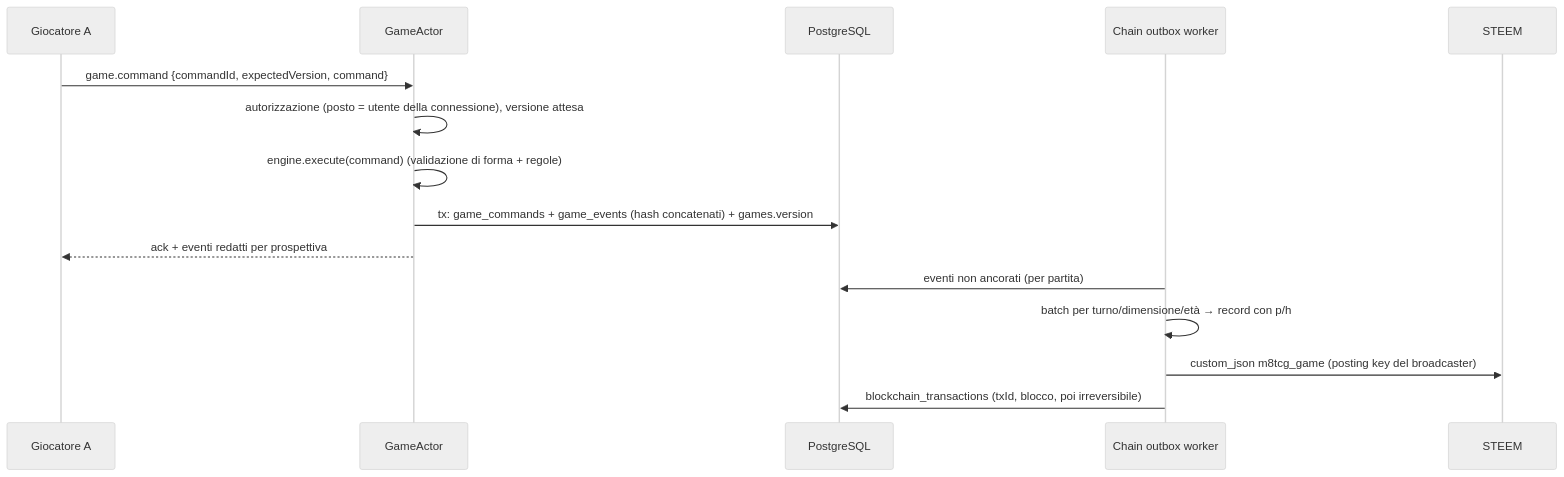
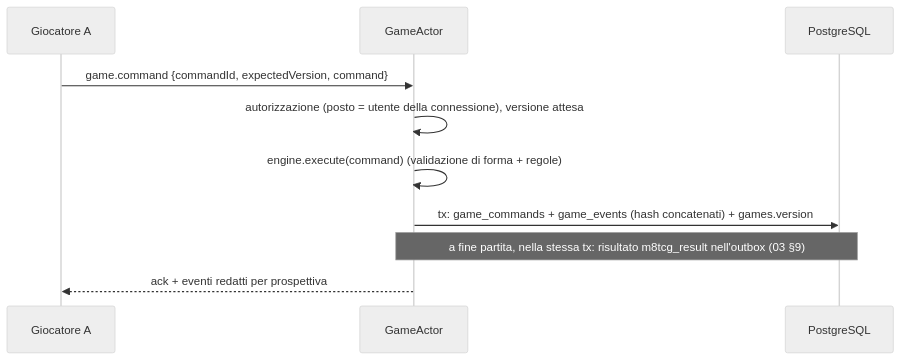
Before and after one commit to davvoz/magic8-tcg: the sixth of 6 diagrams in docs/tcg/01-architettura.md, drawn with Mermaid (neutral theme). The commit also changed other lines of this file and 144 other files, not shown here.

Commit message:
Refactor logging and matchmaking logic; introduce game result handling

````diff
--- a/docs/tcg/01-architettura.md
+++ b/docs/tcg/01-architettura.md
@@ -362,17 +352,12 @@
 ```mermaid
 sequenceDiagram
   participant A as Giocatore A
   participant G as GameActor
   participant DB as PostgreSQL
-  participant O as Chain outbox worker
-  participant C as STEEM
   A->>G: game.command {commandId, expectedVersion, command}
   G->>G: autorizzazione (posto = utente della connessione), versione attesa
   G->>G: engine.execute(command)  (validazione di forma + regole)
   G->>DB: tx: game_commands + game_events (hash concatenati) + games.version
+  Note over G,DB: a fine partita, nella stessa tx: risultato m8tcg_result nell'outbox (03 §9)
   G-->>A: ack + eventi redatti per prospettiva
-  O->>DB: eventi non ancorati (per partita)
-  O->>O: batch per turno/dimensione/età → record con p/h
-  O->>C: custom_json m8tcg_game (posting key del broadcaster)
-  O->>DB: blockchain_transactions (txId, blocco, poi irreversibile)
 ```
````
